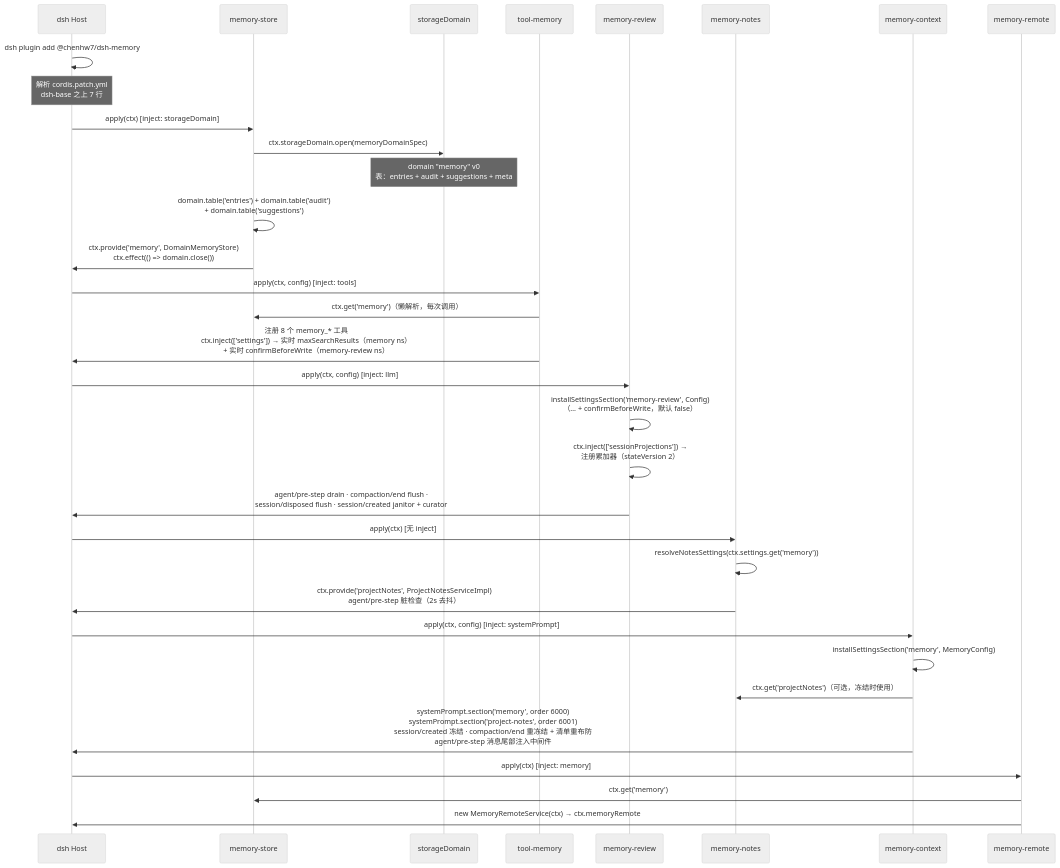
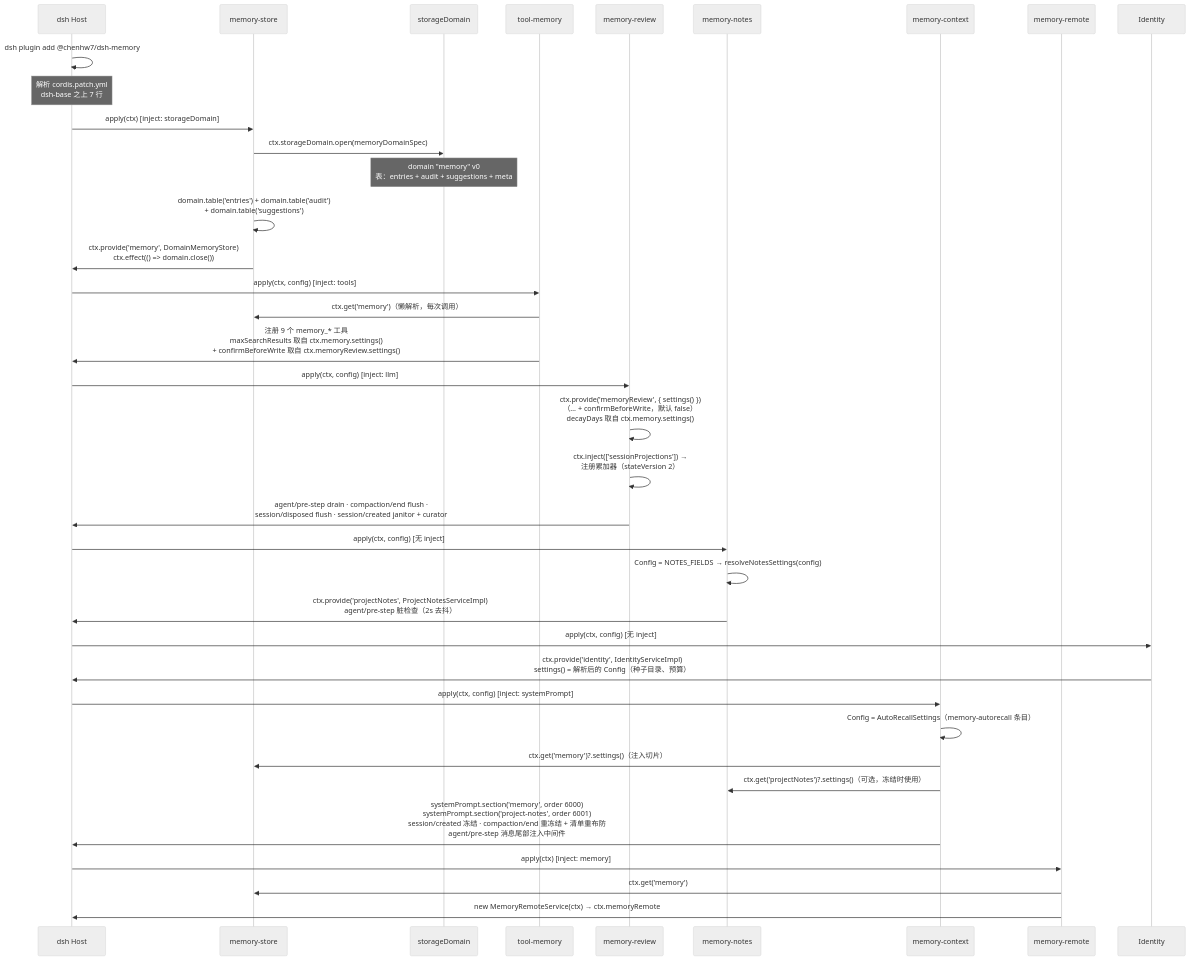
One commit to chenhw7/dsh-memory changed the first of 15 diagrams in docs/SEQUENCE_DIAGRAMS.zh.md. Above: the diagram before and after it, drawn with Mermaid (neutral theme). The commit also changed other lines of this file and 65 other files, not shown here.

````diff
--- a/docs/SEQUENCE_DIAGRAMS.zh.md
+++ b/docs/SEQUENCE_DIAGRAMS.zh.md
@@ -14,42 +14,46 @@
 ```mermaid
 sequenceDiagram
     participant Host as dsh Host
     participant Store as memory-store
     participant SD as storageDomain
     participant Tool as tool-memory
     participant Review as memory-review
     participant Notes as memory-notes
     participant Context as memory-context
     participant Remote as memory-remote
 
     Host->>Host: dsh plugin add @chenhw7/dsh-memory
     Note over Host: 解析 cordis.patch.yml<br/>dsh-base 之上 7 行
 
     Host->>Store: apply(ctx) [inject: storageDomain]
     Store->>SD: ctx.storageDomain.open(memoryDomainSpec)
     Note over SD: domain "memory" v0<br/>表：entries + audit + suggestions + meta
     Store->>Store: domain.table('entries') + domain.table('audit')<br/>+ domain.table('suggestions')
     Store->>Host: ctx.provide('memory', DomainMemoryStore)<br/>ctx.effect(() => domain.close())
 
     Host->>Tool: apply(ctx, config) [inject: tools]
     Tool->>Store: ctx.get('memory')（懒解析，每次调用）
-    Tool->>Host: 注册 8 个 memory_* 工具<br/>ctx.inject(['settings']) → 实时 maxSearchResults（memory ns）<br/>+ 实时 confirmBeforeWrite（memory-review ns）
+    Tool->>Host: 注册 9 个 memory_* 工具<br/>maxSearchResults 取自 ctx.memory.settings()<br/>+ confirmBeforeWrite 取自 ctx.memoryReview.settings()
 
     Host->>Review: apply(ctx, config) [inject: llm]
-    Review->>Review: installSettingsSection('memory-review', Config)<br/>（… + confirmBeforeWrite，默认 false）
+    Review->>Review: ctx.provide('memoryReview', { settings() })<br/>（… + confirmBeforeWrite，默认 false）<br/>decayDays 取自 ctx.memory.settings()
     Review->>Review: ctx.inject(['sessionProjections']) →<br/>注册累加器（stateVersion 2）
     Review->>Host: agent/pre-step drain · compaction/end flush ·<br/>session/disposed flush · session/created janitor + curator
 
-    Host->>Notes: apply(ctx) [无 inject]
-    Notes->>Notes: resolveNotesSettings(ctx.settings.get('memory'))
+    Host->>Notes: apply(ctx, config) [无 inject]
+    Notes->>Notes: Config = NOTES_FIELDS → resolveNotesSettings(config)
     Notes->>Host: ctx.provide('projectNotes', ProjectNotesServiceImpl)<br/>agent/pre-step 脏检查（2s 去抖）
 
+    Host->>Identity: apply(ctx, config) [无 inject]
+    Identity->>Host: ctx.provide('identity', IdentityServiceImpl)<br/>settings() = 解析后的 Config（种子目录、预算）
+
     Host->>Context: apply(ctx, config) [inject: systemPrompt]
-    Context->>Context: installSettingsSection('memory', MemoryConfig)
-    Context->>Notes: ctx.get('projectNotes')（可选，冻结时使用）
+    Context->>Context: Config = AutoRecallSettings（memory-autorecall 条目）
+    Context->>Store: ctx.get('memory')?.settings()（注入切片）
+    Context->>Notes: ctx.get('projectNotes')?.settings()（可选，冻结时使用）
     Context->>Host: systemPrompt.section('memory', order 6000)<br/>systemPrompt.section('project-notes', order 6001)<br/>session/created 冻结 · compaction/end 重冻结 + 清单重布防<br/>agent/pre-step 消息尾部注入中间件
 
     Host->>Remote: apply(ctx) [inject: memory]
     Remote->>Store: ctx.get('memory')
     Remote->>Host: new MemoryRemoteService(ctx) → ctx.memoryRemote
 ```
````
